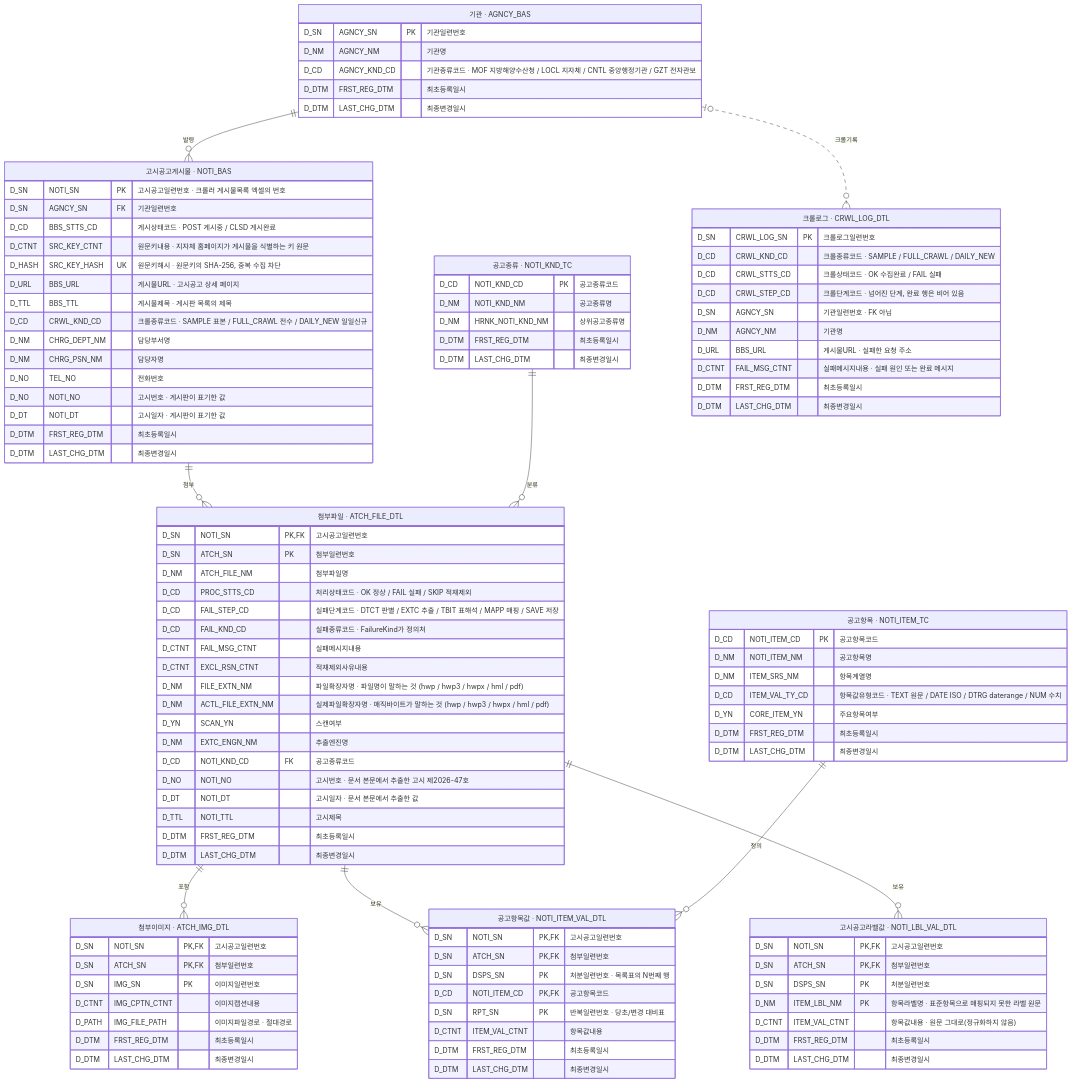
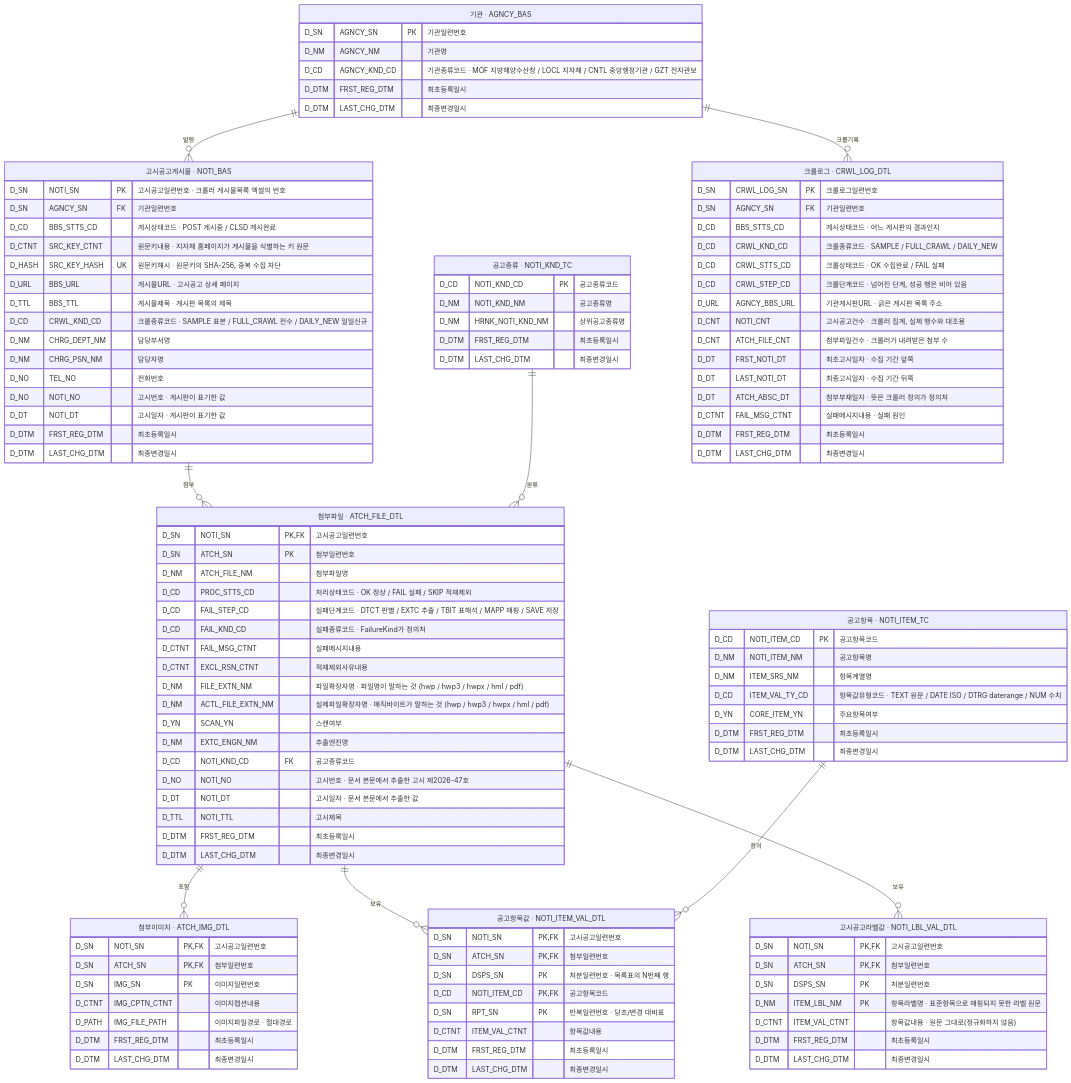
The diagram in README.md (Team-All4Land/All4Land_java-pipeline), drawn with Mermaid before and after one commit. The commit also changed other lines of this file and 6 other files, not shown here.

```diff
--- a/README.md
+++ b/README.md
@@ -291,7 +291,7 @@
     NOTI_KND_TC       ||--o{ ATCH_FILE_DTL     : "분류"
     NOTI_ITEM_TC      ||--o{ NOTI_ITEM_VAL_DTL : "정의"
     ATCH_FILE_DTL     ||--o{ NOTI_LBL_VAL_DTL  : "보유"
-    AGNCY_BAS         |o..o{ CRWL_LOG_DTL      : "크롤기록"
+    AGNCY_BAS         ||--o{ CRWL_LOG_DTL      : "크롤기록"
 
     AGNCY_BAS["기관 · AGNCY_BAS"] {
         D_SN   AGNCY_SN     PK "기관일련번호"
@@ -318,16 +318,21 @@
         D_DTM  LAST_CHG_DTM    "최종변경일시"
     }
     CRWL_LOG_DTL["크롤로그 · CRWL_LOG_DTL"] {
-        D_SN   CRWL_LOG_SN   PK "크롤로그일련번호"
-        D_CD   CRWL_KND_CD      "크롤종류코드 · SAMPLE / FULL_CRAWL / DAILY_NEW"
-        D_CD   CRWL_STTS_CD     "크롤상태코드 · OK 수집완료 / FAIL 실패"
-        D_CD   CRWL_STEP_CD     "크롤단계코드 · 넘어진 단계, 완료 행은 비어 있음"
-        D_SN   AGNCY_SN         "기관일련번호 · FK 아님"
-        D_NM   AGNCY_NM         "기관명"
-        D_URL  BBS_URL          "게시물URL · 실패한 요청 주소"
-        D_CTNT FAIL_MSG_CTNT    "실패메시지내용 · 실패 원인 또는 완료 메시지"
-        D_DTM  FRST_REG_DTM     "최초등록일시"
-        D_DTM  LAST_CHG_DTM     "최종변경일시"
+        D_SN   CRWL_LOG_SN    PK "크롤로그일련번호"
+        D_SN   AGNCY_SN       FK "기관일련번호"
+        D_CD   BBS_STTS_CD       "게시상태코드 · 어느 게시판의 결과인지"
+        D_CD   CRWL_KND_CD       "크롤종류코드 · SAMPLE / FULL_CRAWL / DAILY_NEW"
+        D_CD   CRWL_STTS_CD      "크롤상태코드 · OK 수집완료 / FAIL 실패"
+        D_CD   CRWL_STEP_CD      "크롤단계코드 · 넘어진 단계, 성공 행은 비어 있음"
+        D_URL  AGNCY_BBS_URL     "기관게시판URL · 긁은 게시판 목록 주소"
+        D_CNT  NOTI_CNT          "고시공고건수 · 크롤러 집계, 실제 행수와 대조용"
+        D_CNT  ATCH_FILE_CNT     "첨부파일건수 · 크롤러가 내려받은 첨부 수"
+        D_DT   FRST_NOTI_DT      "최초고시일자 · 수집 기간 앞쪽"
+        D_DT   LAST_NOTI_DT      "최종고시일자 · 수집 기간 뒤쪽"
+        D_DT   ATCH_ABSC_DT      "첨부부재일자 · 뜻은 크롤러 정의가 정의처"
+        D_CTNT FAIL_MSG_CTNT     "실패메시지내용 · 실패 원인"
+        D_DTM  FRST_REG_DTM      "최초등록일시"
+        D_DTM  LAST_CHG_DTM      "최종변경일시"
     }
     ATCH_FILE_DTL["첨부파일 · ATCH_FILE_DTL"] {
         D_SN   NOTI_SN            PK,FK "고시공고일련번호"
```
